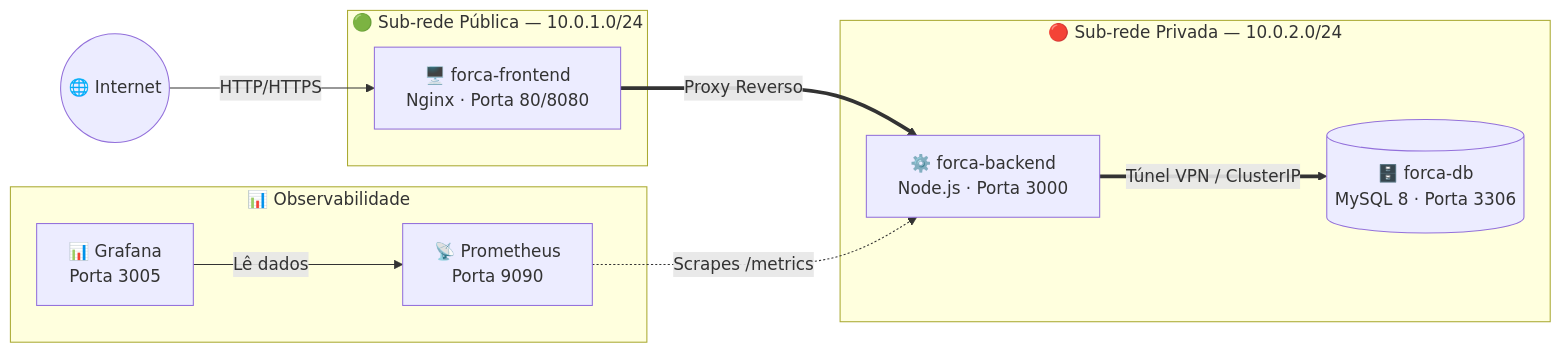
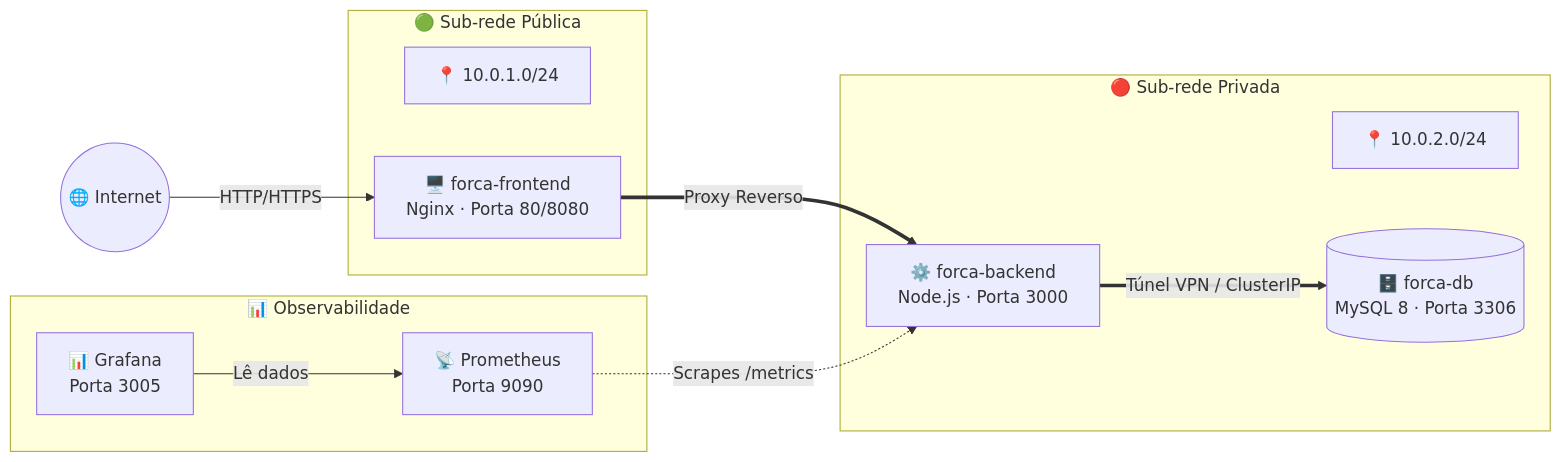
The diagram in README.md (Cacatuas-Aquaticas/forca.api), drawn with Mermaid before and after one commit.

Commit message:
docs: ip das subnets como nos internos no diagrama mermaid

````diff
--- a/README.md
+++ b/README.md
@@ -23,24 +23,26 @@
 ```mermaid
 graph LR
     Internet((🌐 Internet))
 
-    subgraph PUB["🟢 Sub-rede Pública — 10.0.1.0/24"]
+    subgraph PUB["🟢 Sub-rede Pública"]
+        IP1["📍 10.0.1.0/24"]
         FE["🖥️ forca-frontend\nNginx · Porta 80/8080"]
     end
 
-    subgraph PRIV["🔴 Sub-rede Privada — 10.0.2.0/24"]
+    subgraph PRIV["🔴 Sub-rede Privada"]
+        IP2["📍 10.0.2.0/24"]
         BE["⚙️ forca-backend\nNode.js · Porta 3000"]
         DB[("🗄️ forca-db\nMySQL 8 · Porta 3306")]
     end
 
     subgraph OBS["📊 Observabilidade"]
         PR["📡 Prometheus\nPorta 9090"]
         GF["📊 Grafana\nPorta 3005"]
     end
 
     Internet -->|"HTTP/HTTPS"| FE
     FE ==>|"Proxy Reverso"| BE
     BE ==>|"Túnel VPN / ClusterIP"| DB
     PR -.->|"Scrapes /metrics"| BE
     GF -->|"Lê dados"| PR
 ```
````
